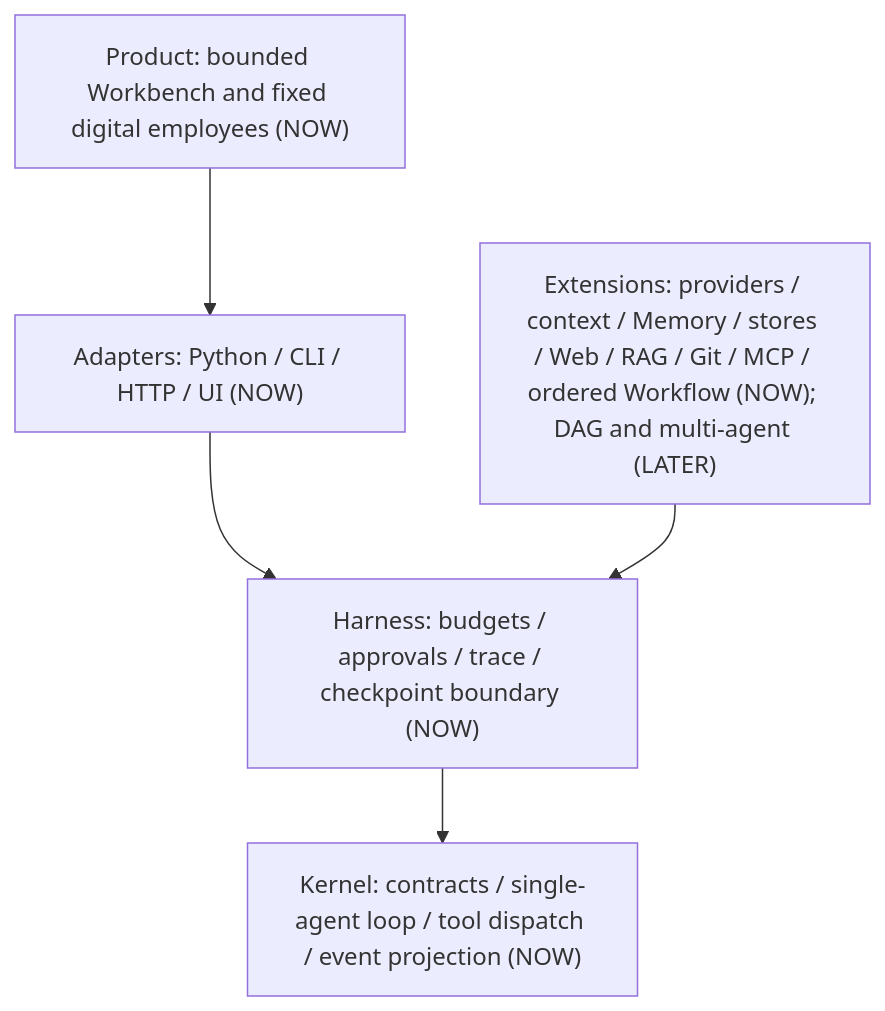
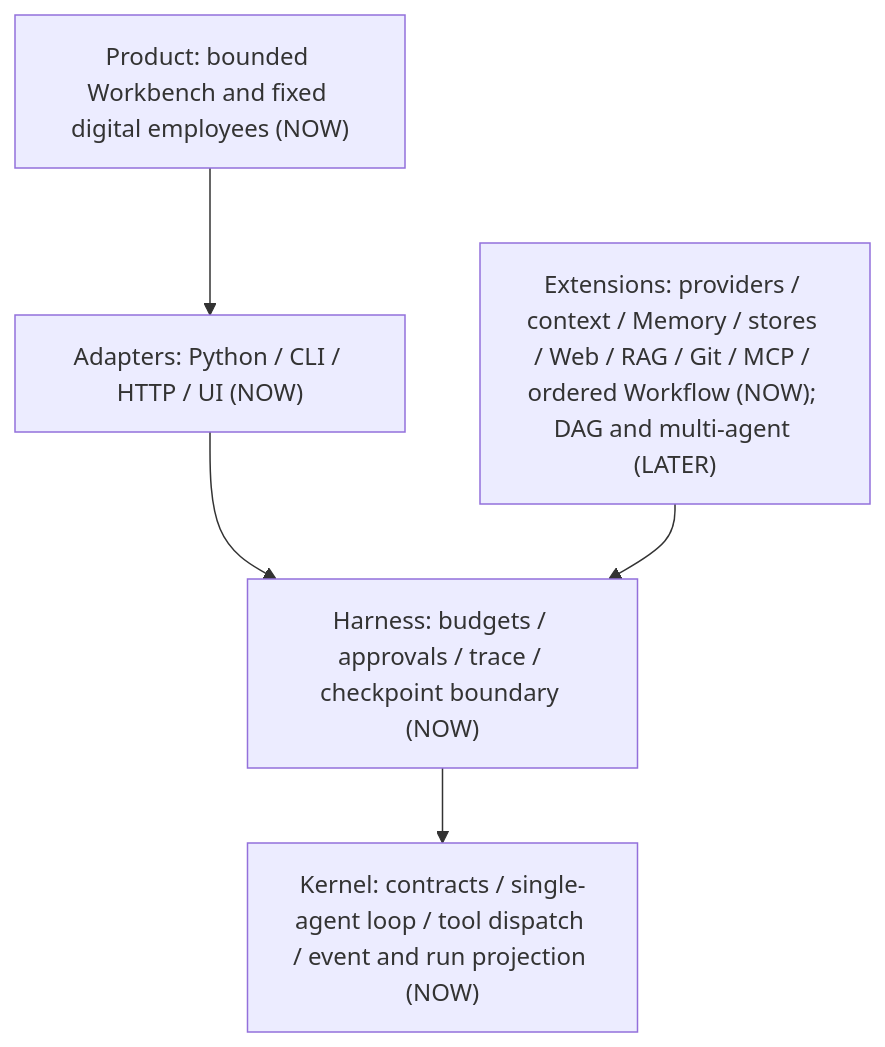
Before and after one commit to syusama/sasori: the diagram in docs/FOUNDATION.md, drawn with Mermaid. The commit also changed other lines of this file and 5 other files, not shown here.

````diff
--- a/docs/FOUNDATION.md
+++ b/docs/FOUNDATION.md
@@ -48,12 +70,12 @@
 ```mermaid
 flowchart TB
     P["Product: bounded Workbench and fixed digital employees (NOW)"]
     A["Adapters: Python / CLI / HTTP / UI (NOW)"]
     X["Extensions: providers / context / Memory / stores / Web / RAG / Git / MCP / ordered Workflow (NOW); DAG and multi-agent (LATER)"]
     H["Harness: budgets / approvals / trace / checkpoint boundary (NOW)"]
-    K["Kernel: contracts / single-agent loop / tool dispatch / event projection (NOW)"]
+    K["Kernel: contracts / single-agent loop / tool dispatch / event and run projection (NOW)"]
     P --> A
     A --> H
     X --> H
     H --> K
 ```
````
